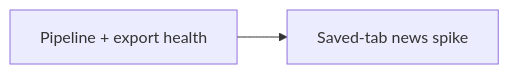
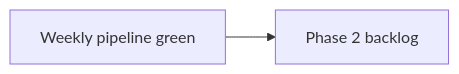
One commit to ramialfahham/stock-explorer-app changed the diagram in docs/product_roadmap_2026-06.md. Above: the diagram before and after it, drawn with Mermaid. The commit also changed other lines of this file and 6 other files, not shown here.

````diff
--- a/docs/product_roadmap_2026-06.md
+++ b/docs/product_roadmap_2026-06.md
@@ -53,6 +67,6 @@
 ```mermaid
 flowchart LR
-  Ops1[Pipeline + export health]
-  Phase2[Saved-tab news spike]
-  Ops1 --> Phase2
+  Ops[Weekly pipeline green]
+  P2[Phase 2 backlog]
+  Ops --> P2
 ```
````
